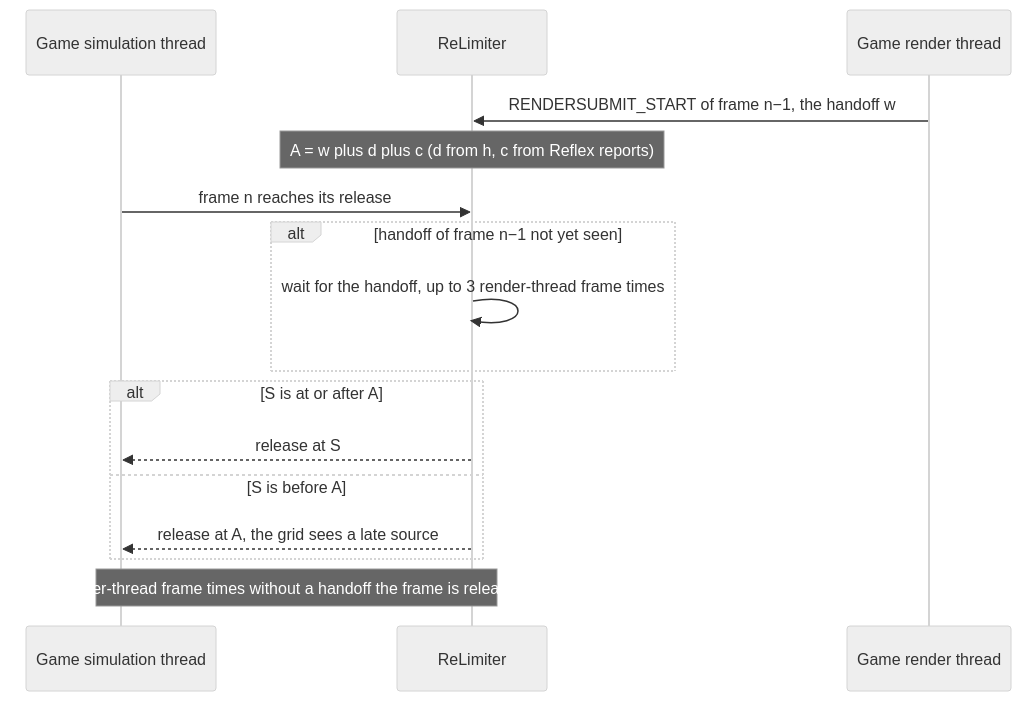
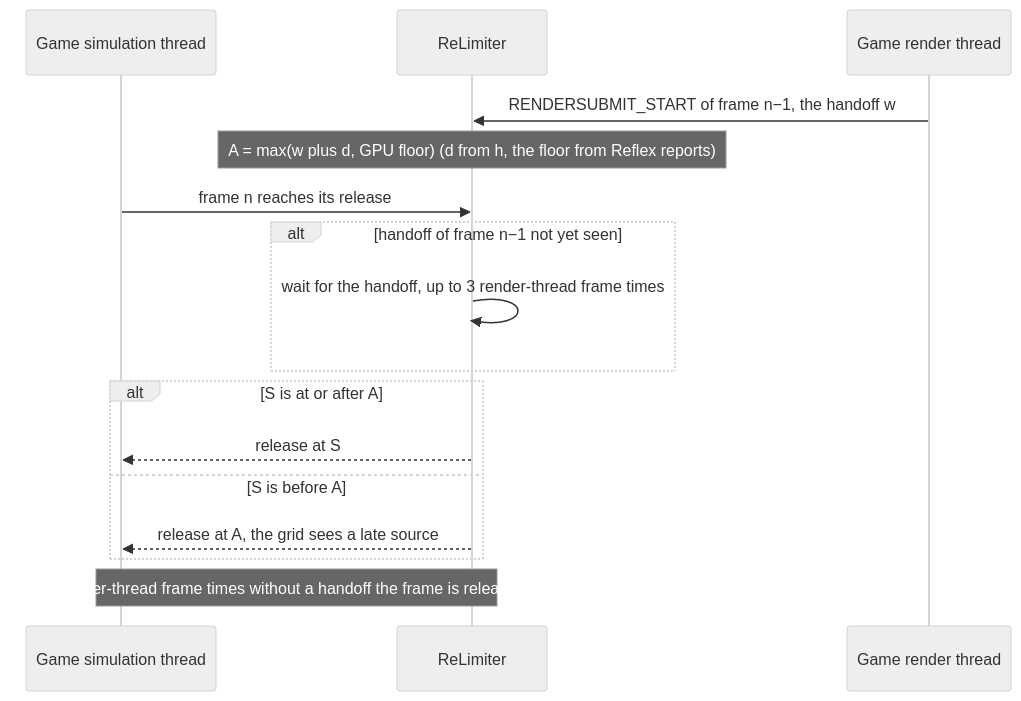
Before and after one commit to RankFTW/ReLimiter: the ninth of 12 diagrams in docs/FRAME_PACING.md, drawn with Mermaid (neutral theme). The commit also changed other lines of this file and 16 other files, not shown here.

First line of the commit message:
GPU floor: measured from the GPU, held-back lead correction

````diff
--- a/docs/FRAME_PACING.md
+++ b/docs/FRAME_PACING.md
@@ -465,18 +463,18 @@
 ```mermaid
 sequenceDiagram
     participant Sim as Game simulation thread
     participant RL as ReLimiter
     participant Render as Game render thread
     Render->>RL: RENDERSUBMIT_START of frame n−1, the handoff w
-    Note over RL: A = w plus d plus c (d from h, c from Reflex reports)
+    Note over RL: A = max(w plus d, GPU floor) (d from h, the floor from Reflex reports)
     Sim->>RL: frame n reaches its release
     alt handoff of frame n−1 not yet seen
         RL->>RL: wait for the handoff, up to 3 render-thread frame times
     end
     alt S is at or after A
         RL-->>Sim: release at S
     else S is before A
         RL-->>Sim: release at A, the grid sees a late source
     end
     Note over RL,Sim: after 3 render-thread frame times without a handoff the frame is released anyway
 ```
````
